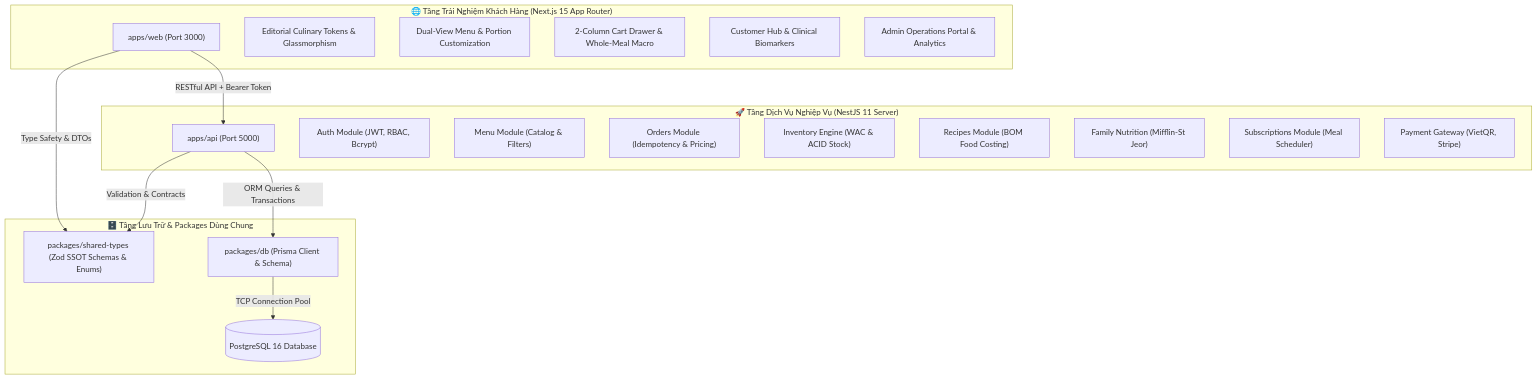
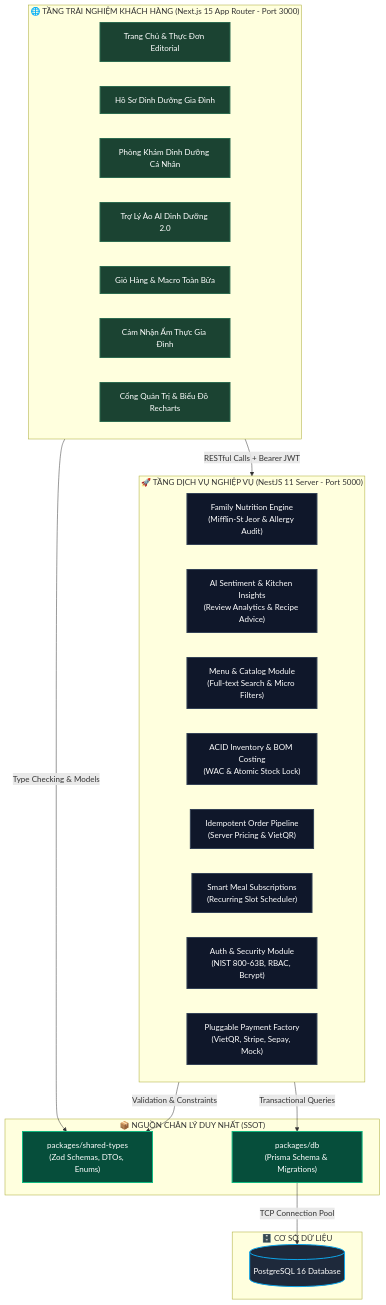
The diagram in README.md (justpassingByte/ChayFood-monorepo), drawn with Mermaid before and after one commit. The commit also changed other lines of this file and 1 other file, not shown here.

Commit message:
docs: add brand logo and visual showcase gallery to architecture readme

````diff
--- a/README.md
+++ b/README.md
@@ -26,35 +140,44 @@
 ```mermaid
 flowchart TB
-    subgraph ClientLayer ["🌐 Tầng Trải Nghiệm Khách Hàng (Next.js 15 App Router)"]
-        Web["apps/web (Port 3000)"]
-        UI_Design["Editorial Culinary Tokens & Glassmorphism"]
-        UI_Menu["Dual-View Menu & Portion Customization"]
-        UI_Cart["2-Column Cart Drawer & Whole-Meal Macro"]
-        UI_Account["Customer Hub & Clinical Biomarkers"]
-        UI_Admin["Admin Operations Portal & Analytics"]
+    %% Styling tokens
+    classDef clientStyle fill:#1B4332,stroke:#2D6A4F,stroke-width:2px,color:#FFFFFF;
+    classDef serverStyle fill:#0F172A,stroke:#334155,stroke-width:2px,color:#FFFFFF;
+    classDef dbStyle fill:#1E293B,stroke:#0EA5E9,stroke-width:2px,color:#FFFFFF;
+    classDef sharedStyle fill:#064E3B,stroke:#10B981,stroke-width:2px,color:#FFFFFF;
+
+    subgraph CLIENT ["🌐 TẦNG TRẢI NGHIỆM KHÁCH HÀNG (Next.js 15 App Router - Port 3000)"]
+        UI_Home["Trang Chủ & Thực Đơn Editorial"]:::clientStyle
+        UI_Family["Hồ Sơ Dinh Dưỡng Gia Đình"]:::clientStyle
+        UI_Planner["Phòng Khám Dinh Dưỡng Cá Nhân"]:::clientStyle
+        UI_AI["Trợ Lý Ảo AI Dinh Dưỡng 2.0"]:::clientStyle
+        UI_Cart["Giỏ Hàng & Macro Toàn Bữa"]:::clientStyle
+        UI_Review["Cảm Nhận Ẩm Thực Gia Đình"]:::clientStyle
+        UI_Admin["Cổng Quản Trị & Biểu Đồ Recharts"]:::clientStyle
     end
 
-    subgraph APILayer ["🚀 Tầng Dịch Vụ Nghiệp Vụ (NestJS 11 Server)"]
-        API["apps/api (Port 5000)"]
-        Auth_Mod["Auth Module (JWT, RBAC, Bcrypt)"]
-        Menu_Mod["Menu Module (Catalog & Filters)"]
-        Order_Mod["Orders Module (Idempotency & Pricing)"]
-        Inv_Mod["Inventory Engine (WAC & ACID Stock)"]
-        Recipe_Mod["Recipes Module (BOM Food Costing)"]
-        Family_Mod["Family Nutrition (Mifflin-St Jeor)"]
-        Sub_Mod["Subscriptions Module (Meal Scheduler)"]
-        Pay_Mod["Payment Gateway (VietQR, Stripe)"]
+    subgraph API ["🚀 TẦNG DỊCH VỤ NGHIỆP VỤ (NestJS 11 Server - Port 5000)"]
+        MOD_Family["Family Nutrition Engine\n(Mifflin-St Jeor & Allergy Audit)"]:::serverStyle
+        MOD_Sentiment["AI Sentiment & Kitchen Insights\n(Review Analytics & Recipe Advice)"]:::serverStyle
+        MOD_Menu["Menu & Catalog Module\n(Full-text Search & Micro Filters)"]:::serverStyle
+        MOD_Inv["ACID Inventory & BOM Costing\n(WAC & Atomic Stock Lock)"]:::serverStyle
+        MOD_Order["Idempotent Order Pipeline\n(Server Pricing & VietQR)"]:::serverStyle
+        MOD_Sub["Smart Meal Subscriptions\n(Recurring Slot Scheduler)"]:::serverStyle
+        MOD_Auth["Auth & Security Module\n(NIST 800-63B, RBAC, Bcrypt)"]:::serverStyle
+        MOD_Pay["Pluggable Payment Factory\n(VietQR, Stripe, Sepay, Mock)"]:::serverStyle
     end
 
-    subgraph DataLayer ["🗄️ Tầng Lưu Trữ & Packages Dùng Chung"]
-        Shared_Types["packages/shared-types (Zod SSOT Schemas & Enums)"]
-        DB_Prisma["packages/db (Prisma Client & Schema)"]
-        Postgres[("PostgreSQL 16 Database")]
+    subgraph SHARED ["📦 NGUỒN CHÂN LÝ DUY NHẤT (SSOT)"]
+        PKG_Types["packages/shared-types\n(Zod Schemas, DTOs, Enums)"]:::sharedStyle
+        PKG_DB["packages/db\n(Prisma Schema & Migrations)"]:::sharedStyle
     end
 
-    Web -->|RESTful API + Bearer Token| API
-    API -->|Validation & Contracts| Shared_Types
-    Web -->|Type Safety & DTOs| Shared_Types
-    API -->|ORM Queries & Transactions| DB_Prisma
-    DB_Prisma -->|TCP Connection Pool| Postgres
+    subgraph DATA ["🗄️ CƠ SỞ DỮ LIỆU"]
+        Postgres[("PostgreSQL 16 Database")]:::dbStyle
+    end
+
+    CLIENT -->|RESTful Calls + Bearer JWT| API
+    API -->|Validation & Constraints| PKG_Types
+    CLIENT -->|Type Checking & Models| PKG_Types
+    API -->|Transactional Queries| PKG_DB
+    PKG_DB -->|TCP Connection Pool| Postgres
 ```
````
